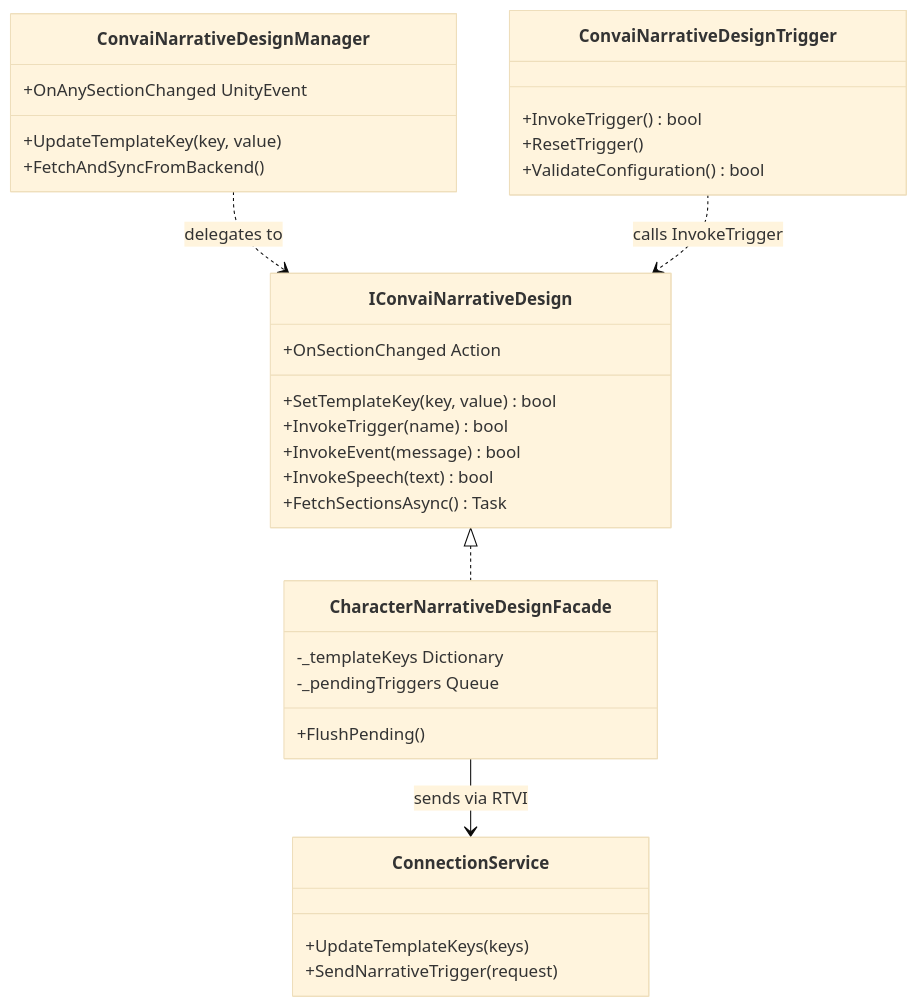
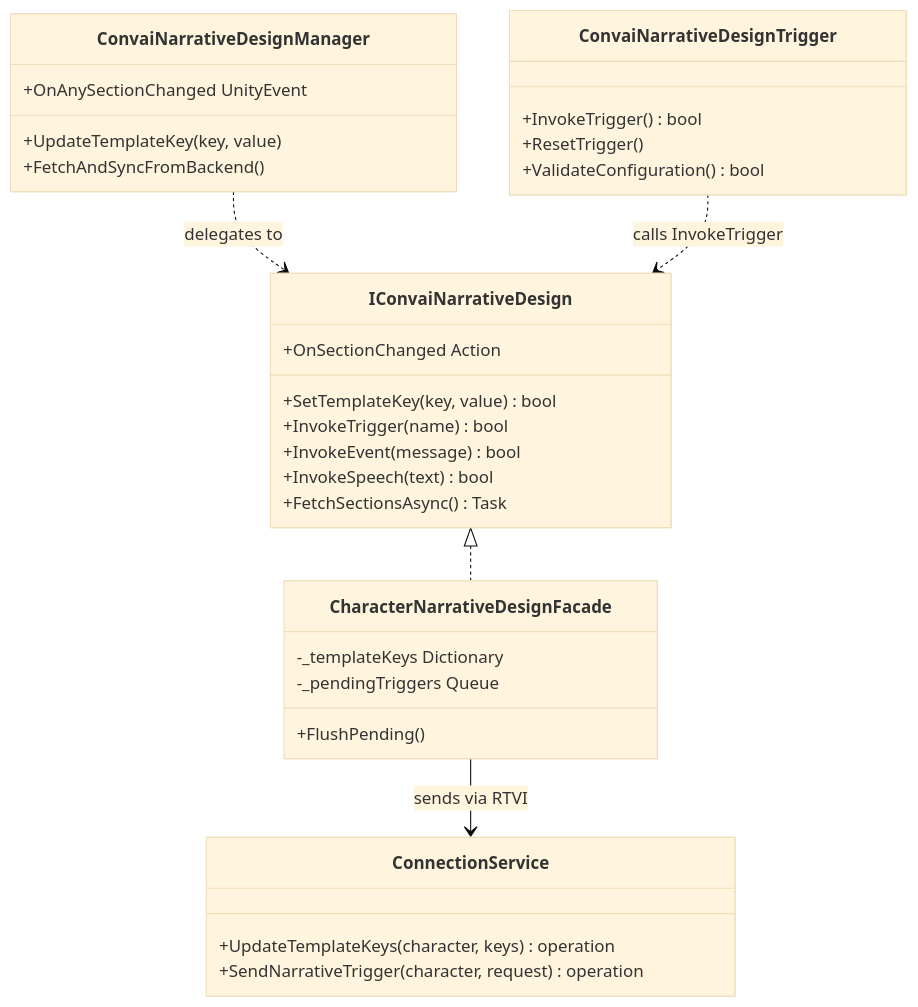
Before and after one commit to Conv-AI/Convai-Documentation: the diagram in plugins-and-integrations/convai-unity-sdk/features/narrative-design/scripting-narrative-design.md, drawn with Mermaid (base theme). The commit also changed other lines of this file and 21 other files, not shown here.

````diff
--- a/plugins-and-integrations/convai-unity-sdk/features/narrative-design/scripting-narrative-design.md
+++ b/plugins-and-integrations/convai-unity-sdk/features/narrative-design/scripting-narrative-design.md
@@ -247,35 +259,35 @@
 ```mermaid
 classDiagram
     class ConvaiNarrativeDesignManager {
         +UpdateTemplateKey(key, value)
         +FetchAndSyncFromBackend()
         +OnAnySectionChanged UnityEvent
     }
     class ConvaiNarrativeDesignTrigger {
         +InvokeTrigger() bool
         +ResetTrigger()
         +ValidateConfiguration() bool
     }
     class IConvaiNarrativeDesign {
         +SetTemplateKey(key, value) bool
         +InvokeTrigger(name) bool
         +InvokeEvent(message) bool
         +InvokeSpeech(text) bool
         +FetchSectionsAsync() Task
         +OnSectionChanged Action
     }
     class CharacterNarrativeDesignFacade {
         -_templateKeys Dictionary
         -_pendingTriggers Queue
         +FlushPending()
     }
     class ConnectionService {
-        +UpdateTemplateKeys(keys)
-        +SendNarrativeTrigger(request)
+        +UpdateTemplateKeys(character, keys) operation
+        +SendNarrativeTrigger(character, request) operation
     }
 
     ConvaiNarrativeDesignManager ..> IConvaiNarrativeDesign : delegates to
     ConvaiNarrativeDesignTrigger ..> IConvaiNarrativeDesign : calls InvokeTrigger
     IConvaiNarrativeDesign <|.. CharacterNarrativeDesignFacade
     CharacterNarrativeDesignFacade --> ConnectionService : sends via RTVI
 ```
````
